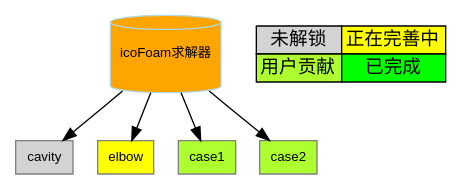
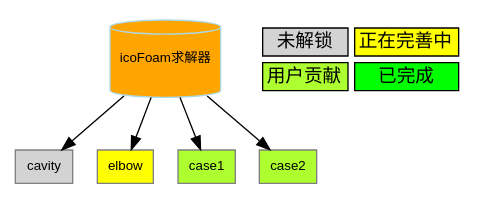
Before and after one commit to zguoch/OFTutorials: the diagram in sphinx/source/incompressible/icoFoam/map.dot, drawn with Graphviz. The commit also changed 1 other file, not shown here.

```diff
--- a/sphinx/source/incompressible/icoFoam/map.dot
+++ b/sphinx/source/incompressible/icoFoam/map.dot
@@ -1,32 +1,32 @@
 
   digraph G {
 
       icoFoam[label="icoFoam求解器", tooltip="简短介绍", fontname="Arial", fontsize=10, height=.8,width=.8,shape="cylinder",style="filled", color=lightblue,fillcolor=orange,href="https://gitlab.com",target="_top"];
 
       cavity[label="cavity", tooltip="cavity", fontname="Arial", fontsize=10, height=.35,width=.35,shape="box",style="filled", fillcolor=lightgray, color=gray,href="https://gitlab.com",target="_top"];
       elbow[label="elbow", tooltip="elbow", fontname="Arial", fontsize=10, height=.35,width=.35,shape="box",style="filled", fillcolor=yellow, color=gray,href="https://gitlab.com",target="_top"];
       user_1[label="case1", tooltip="elbow", fontname="Arial", fontsize=10, height=.35,width=.35,shape="box",style="filled", fillcolor=greenyellow, color=gray,href="https://gitlab.com",target="_top"];
       user_2[label="case2", tooltip="elbow", fontname="Arial", fontsize=10, height=.35,width=.35,shape="box",style="filled", fillcolor=greenyellow, color=gray,href="https://gitlab.com",target="_top"];
       // 连接
       
       icoFoam -> cavity;
       icoFoam -> elbow;
       icoFoam -> user_1;
       icoFoam -> user_2;
 
       node [shape=plaintext]
       legend [
     fontname="Arial"
    label=<
-     <table border="0" cellborder="1" cellspacing="0">
+     <table border="0" cellborder="1" cellspacing="5">
        <tr>
        <td bgcolor="lightgray">未解锁</td>
        <td bgcolor="yellow"><font color="black">正在完善中</font></td>
        </tr>
        <tr>
         <td bgcolor="greenyellow"><font color="black">用户贡献</font></td>
         <td bgcolor="lime"><font color="black">已完成</font></td>
        </tr>
      </table>>
   ];
   }
```
